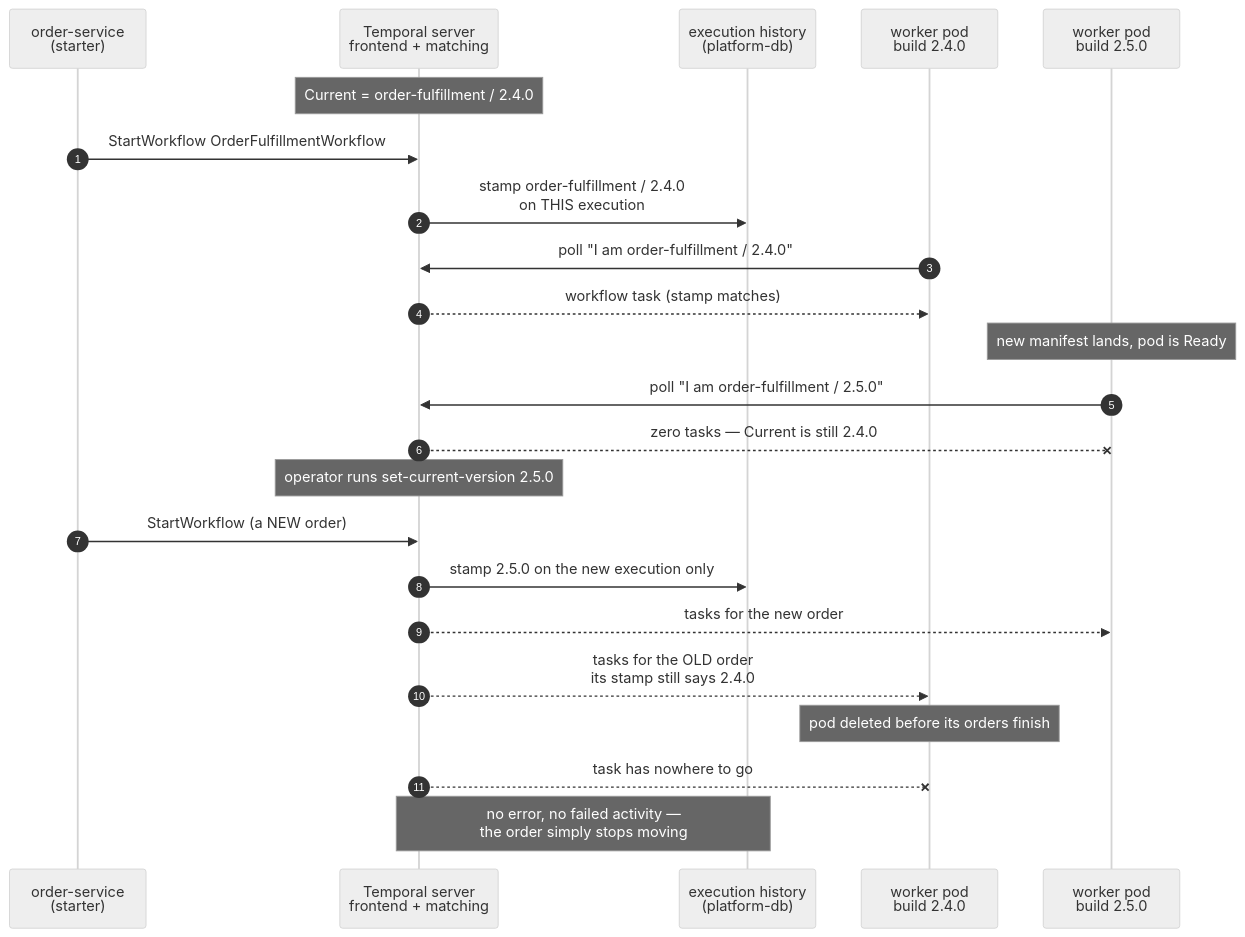
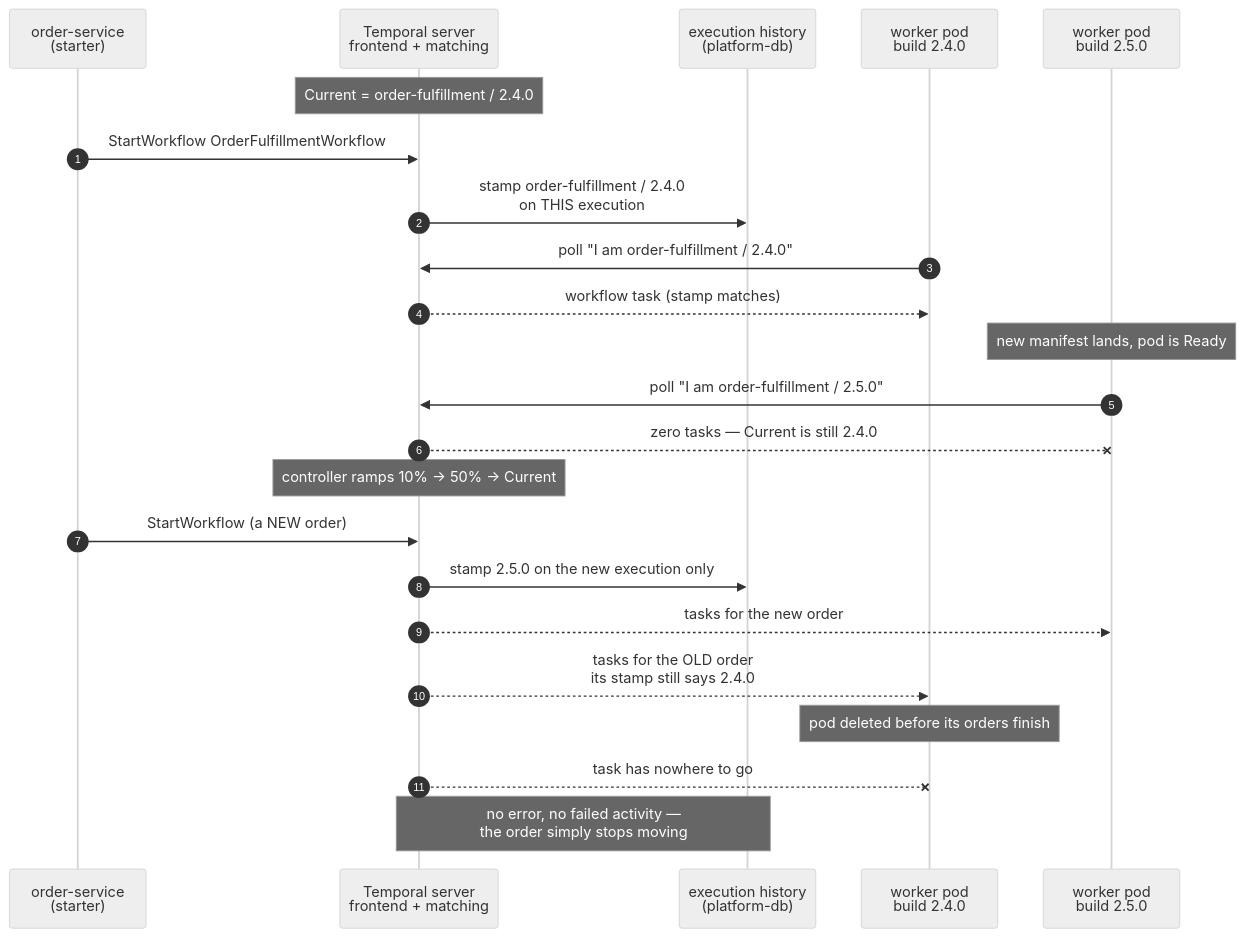
Diagram 19 of 19 in docs/api/temporal.md (duynhlab/homelab), drawn with Mermaid (neutral theme) before and after one commit. The commit also changed other lines of this file and 16 other files, not shown here.

````diff
--- a/docs/api/temporal.md
+++ b/docs/api/temporal.md
@@ -1039,29 +1041,29 @@
 ```mermaid
 sequenceDiagram
     autonumber
     participant API as order-service<br/>(starter)
     participant TS as Temporal server<br/>frontend + matching
     participant H as execution history<br/>(platform-db)
     participant W4 as worker pod<br/>build 2.4.0
     participant W5 as worker pod<br/>build 2.5.0
 
     Note over TS: Current = order-fulfillment / 2.4.0
     API->>TS: StartWorkflow OrderFulfillmentWorkflow
     TS->>H: stamp order-fulfillment / 2.4.0<br/>on THIS execution
     W4->>TS: poll "I am order-fulfillment / 2.4.0"
     TS-->>W4: workflow task (stamp matches)
 
     Note over W5: new manifest lands, pod is Ready
     W5->>TS: poll "I am order-fulfillment / 2.5.0"
     TS--xW5: zero tasks — Current is still 2.4.0
 
-    Note over TS: operator runs set-current-version 2.5.0
+    Note over TS: controller ramps 10% -> 50% -> Current
     API->>TS: StartWorkflow (a NEW order)
     TS->>H: stamp 2.5.0 on the new execution only
     TS-->>W5: tasks for the new order
     TS-->>W4: tasks for the OLD order<br/>its stamp still says 2.4.0
 
     Note over W4: pod deleted before its orders finish
     TS--xW4: task has nowhere to go
     Note over TS,H: no error, no failed activity —<br/>the order simply stops moving
 ```
````
